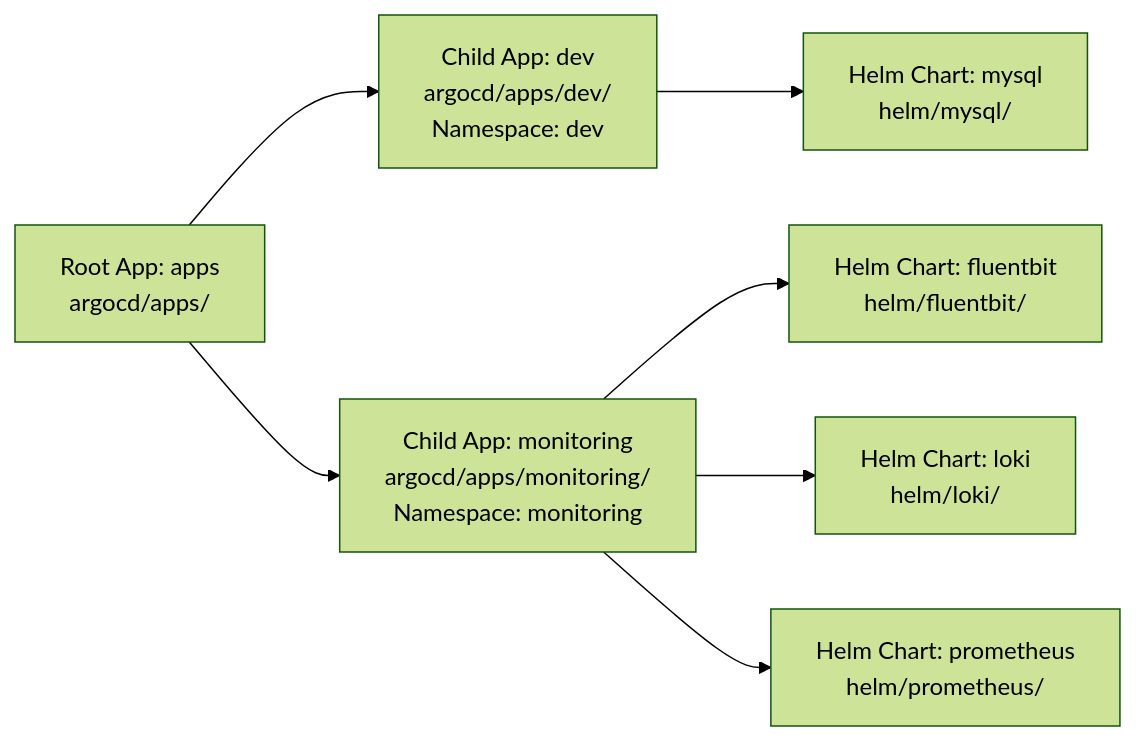
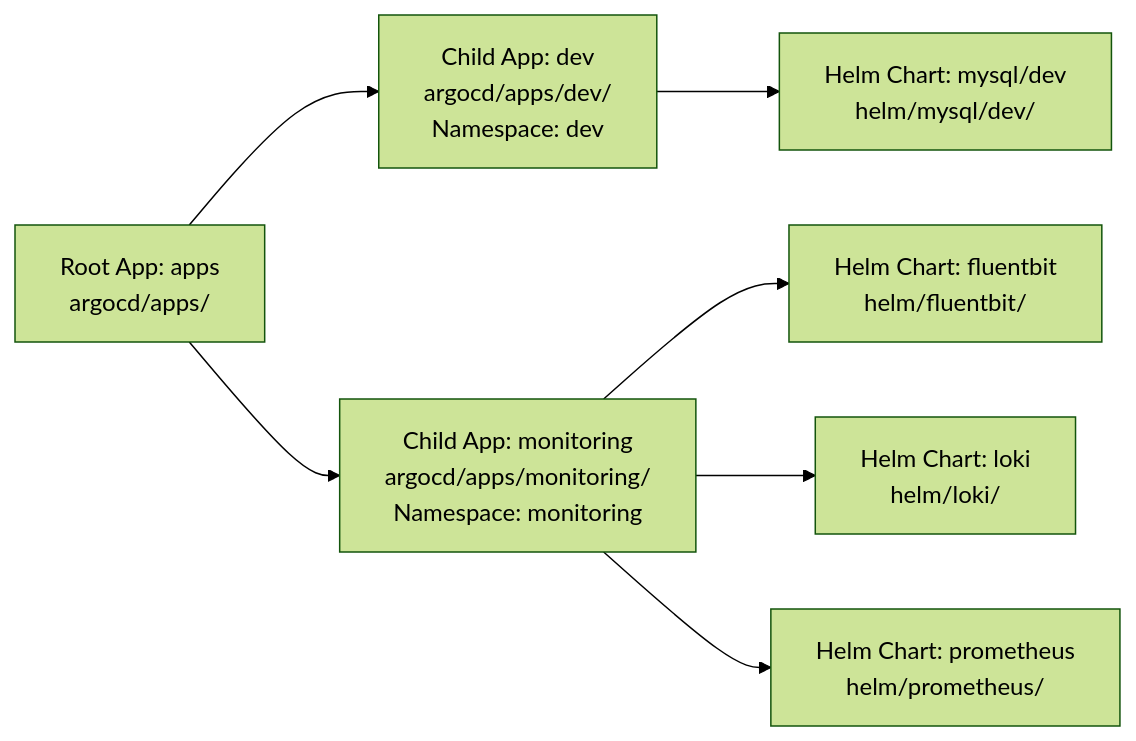
The diagram in argocd/README.md (minhntt1/local-infra), drawn with Mermaid (forest theme) before and after one commit. The commit also changed other lines of this file, not shown here.

Commit message:
docs: use helm/mysql/dev as mysql chart source in ArgoCD overview

````diff
--- a/argocd/README.md
+++ b/argocd/README.md
@@ -9,10 +9,10 @@
 ```mermaid
 flowchart LR
     ROOT["Root App: apps\nargocd/apps/"] --> DEV["Child App: dev\nargocd/apps/dev/\nNamespace: dev"]
     ROOT --> MON["Child App: monitoring\nargocd/apps/monitoring/\nNamespace: monitoring"]
 
-    DEV --> MYSQL["Helm Chart: mysql\nhelm/mysql/"]
+    DEV --> MYSQL["Helm Chart: mysql/dev\nhelm/mysql/dev/"]
     MON --> FB["Helm Chart: fluentbit\nhelm/fluentbit/"]
     MON --> LOKI["Helm Chart: loki\nhelm/loki/"]
     MON --> PROM["Helm Chart: prometheus\nhelm/prometheus/"]
 ```
````
